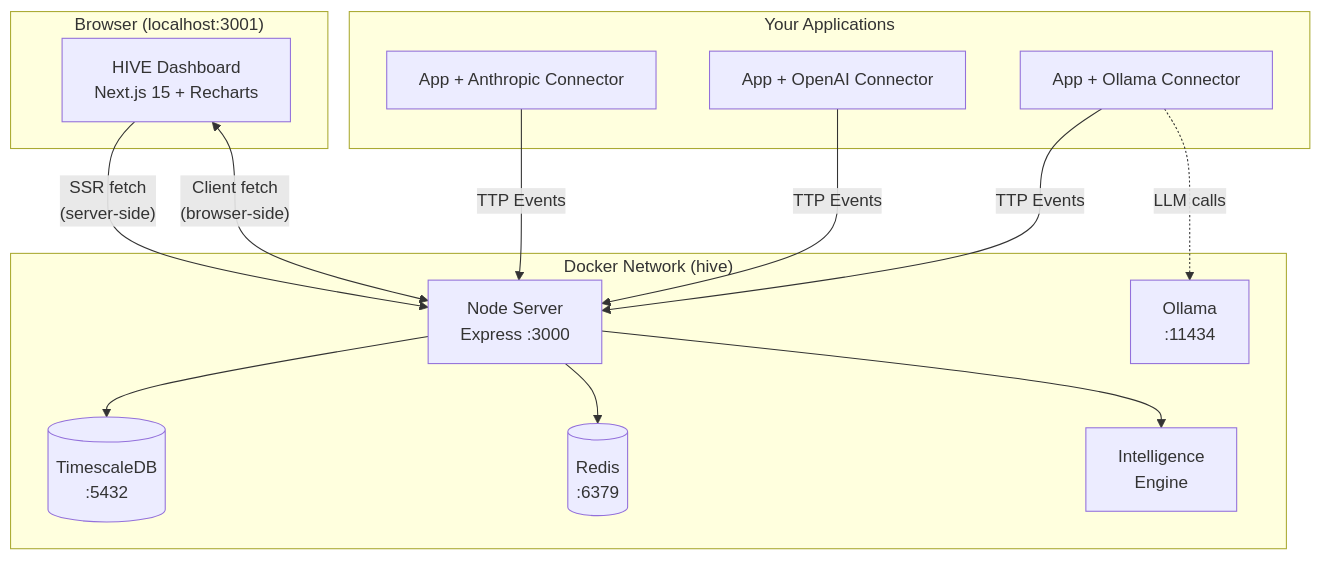
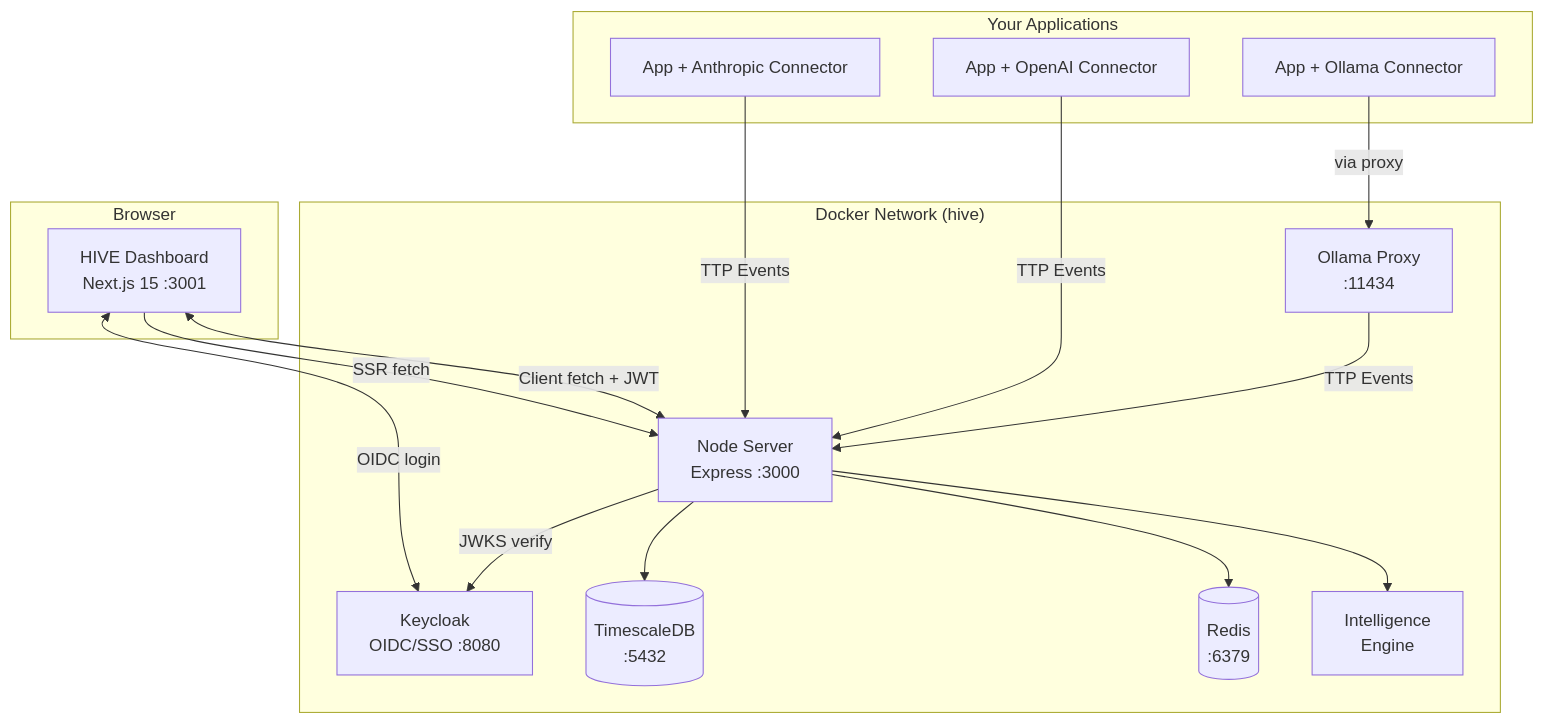
The first of 11 diagrams in QUICKSTART.md (vishalm/hivehq), drawn with Mermaid before and after one commit. The commit also changed other lines of this file and 1 other file, not shown here.

Commit message:
Add HIVE Chat widget and LLM Settings page with Ollama default

````diff
--- a/QUICKSTART.md
+++ b/QUICKSTART.md
@@ -43,30 +45,33 @@
 ```mermaid
 graph TB
-    subgraph Browser ["Browser (localhost:3001)"]
-        D["HIVE Dashboard<br/>Next.js 15 + Recharts"]
+    subgraph Browser ["Browser"]
+        D["HIVE Dashboard<br/>Next.js 15 :3001"]
     end
 
     subgraph Docker ["Docker Network (hive)"]
+        KC["Keycloak<br/>OIDC/SSO :8080"]
         NS["Node Server<br/>Express :3000"]
         PG[("TimescaleDB<br/>:5432")]
         RD[("Redis<br/>:6379")]
-        OL["Ollama<br/>:11434"]
+        OP["Ollama Proxy<br/>:11434"]
         INT["Intelligence<br/>Engine"]
     end
 
     subgraph Apps ["Your Applications"]
         A1["App + Anthropic Connector"]
         A2["App + OpenAI Connector"]
         A3["App + Ollama Connector"]
     end
 
-    D -->|"SSR fetch<br/>(server-side)"| NS
-    D <-->|"Client fetch<br/>(browser-side)"| NS
+    D <-->|"OIDC login"| KC
+    D -->|"SSR fetch"| NS
+    D <-->|"Client fetch + JWT"| NS
+    NS -->|"JWKS verify"| KC
     NS --> PG
     NS --> RD
     NS --> INT
     A1 -->|"TTP Events"| NS
     A2 -->|"TTP Events"| NS
-    A3 -->|"TTP Events"| NS
-    A3 -.->|"LLM calls"| OL
+    A3 -->|"via proxy"| OP
+    OP -->|"TTP Events"| NS
 ```
````
